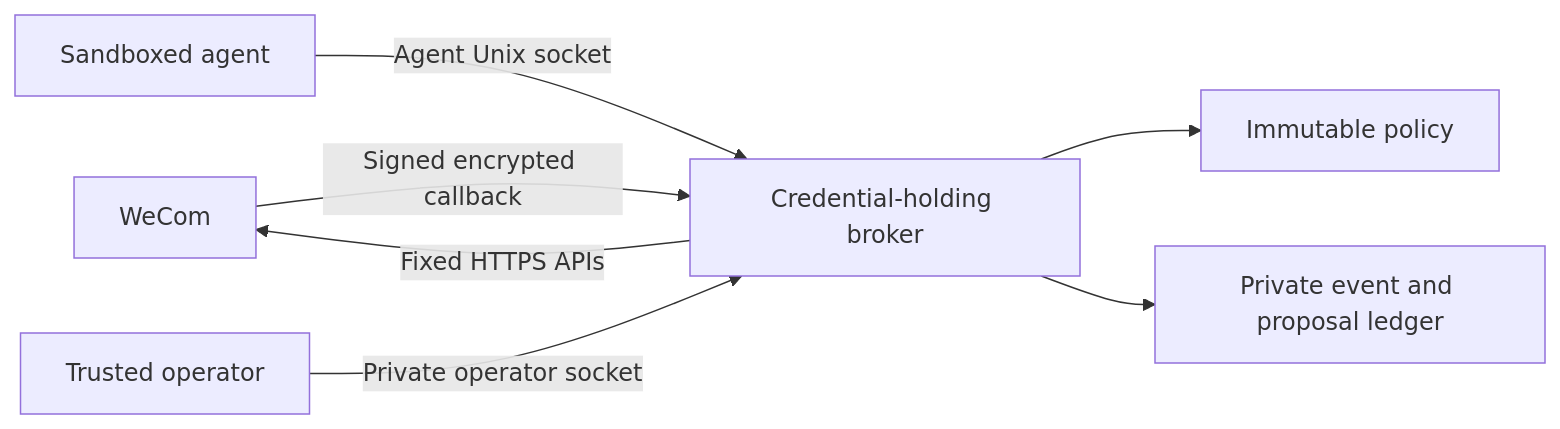
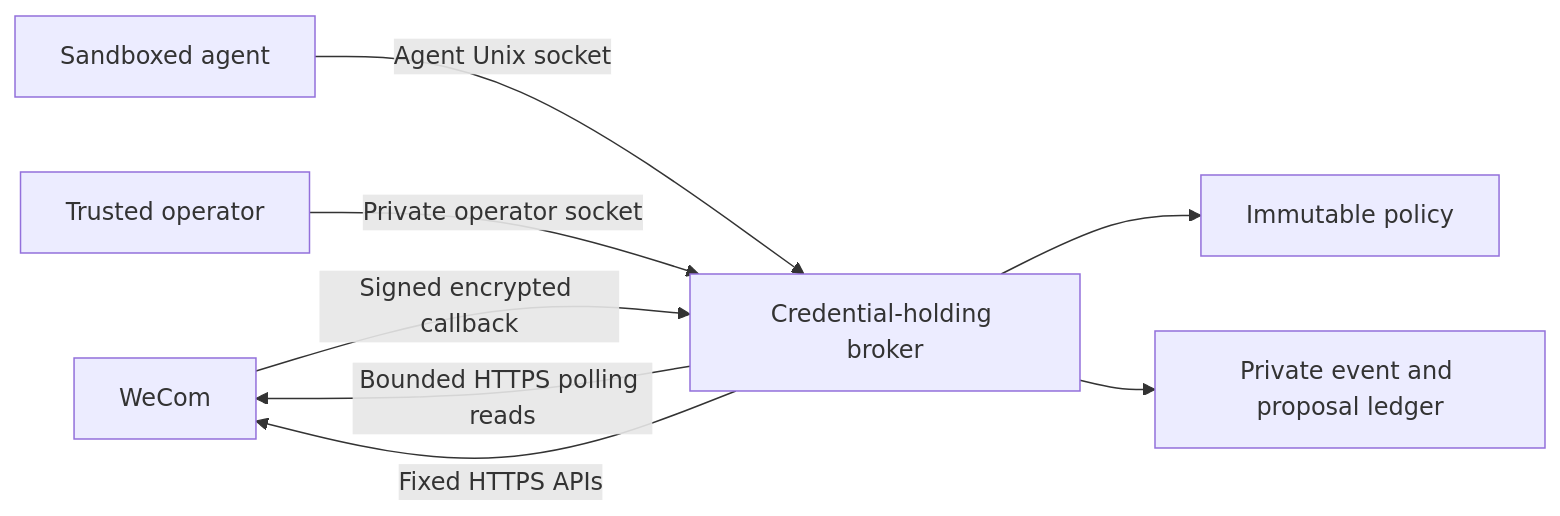
One commit to AngelMsger/wecom-channel-cli changed the diagram in docs/technical-design.md. Above: the diagram before and after it, drawn with Mermaid. The commit also changed other lines of this file and 37 other files, not shown here.

Commit message:
Support channel watches through bounded HTTP polling

````diff
--- a/docs/technical-design.md
+++ b/docs/technical-design.md
@@ -8,9 +8,10 @@
 ```mermaid
 flowchart LR
   W[WeCom] -->|Signed encrypted callback| B[Credential-holding broker]
+  B -->|Bounded HTTPS polling reads| W
   B -->|Fixed HTTPS APIs| W
   A[Sandboxed agent] -->|Agent Unix socket| B
   O[Trusted operator] -->|Private operator socket| B
   B --> P[Immutable policy]
   B --> L[Private event and proposal ledger]
 ```
````
